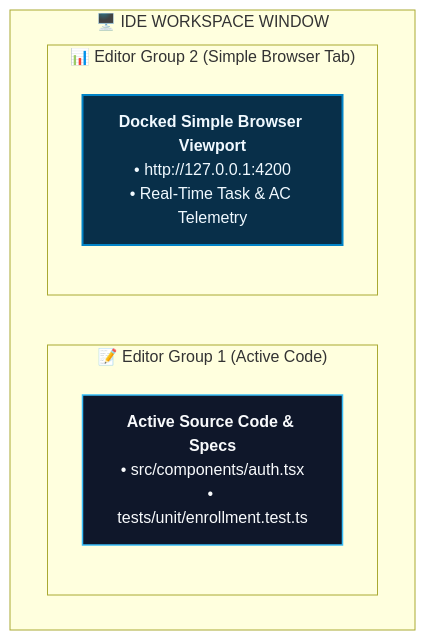
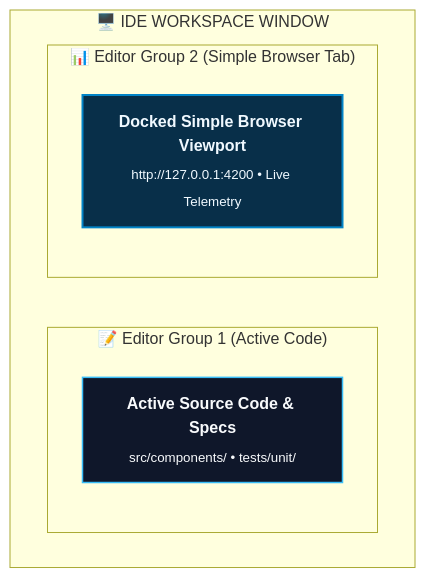
Before and after one commit to rmsofficialsyt/Agentic-AI-Vibe-Coding-AND-SDD-TDD-Codebase-Chandan-Adhikary: the third of 4 diagrams in SDD-TDD-Chandan-Adhikary/Spec-Driven-Development/Project-Manager-Dashboard/README.md, drawn with Mermaid. The commit also changed other lines of this file and 14 other files, not shown here.

Commit message:
docs: standardize diagram card sizes, layouts, and UI sizing scale across frameworks

````diff
--- a/SDD-TDD-Chandan-Adhikary/Spec-Driven-Development/Project-Manager-Dashboard/README.md
+++ b/SDD-TDD-Chandan-Adhikary/Spec-Driven-Development/Project-Manager-Dashboard/README.md
@@ -102,15 +102,15 @@
 ```mermaid
 flowchart TD
     classDef code fill:#0f172a,stroke:#38bdf8,stroke-width:1.5px,color:#f8fafc;
     classDef dash fill:#082f49,stroke:#0284c7,stroke-width:2px,color:#f0f9ff;
 
     subgraph IDEWindow ["🖥️ IDE WORKSPACE WINDOW"]
         direction LR
         subgraph Col1 ["📝 Editor Group 1 (Active Code)"]
-            Code["<b>Active Source Code & Specs</b><br/>• src/components/auth.tsx<br/>• tests/unit/enrollment.test.ts"]:::code
+            Code["<b>Active Source Code & Specs</b><br/><sub>src/components/ • tests/unit/</sub>"]:::code
         end
         subgraph Col2 ["📊 Editor Group 2 (Simple Browser Tab)"]
-            Dash["<b>Docked Simple Browser Viewport</b><br/>• http://127.0.0.1:4200<br/>• Real-Time Task & AC Telemetry"]:::dash
+            Dash["<b>Docked Simple Browser Viewport</b><br/><sub>http://127.0.0.1:4200 • Live Telemetry</sub>"]:::dash
         end
     end
 ```
````
